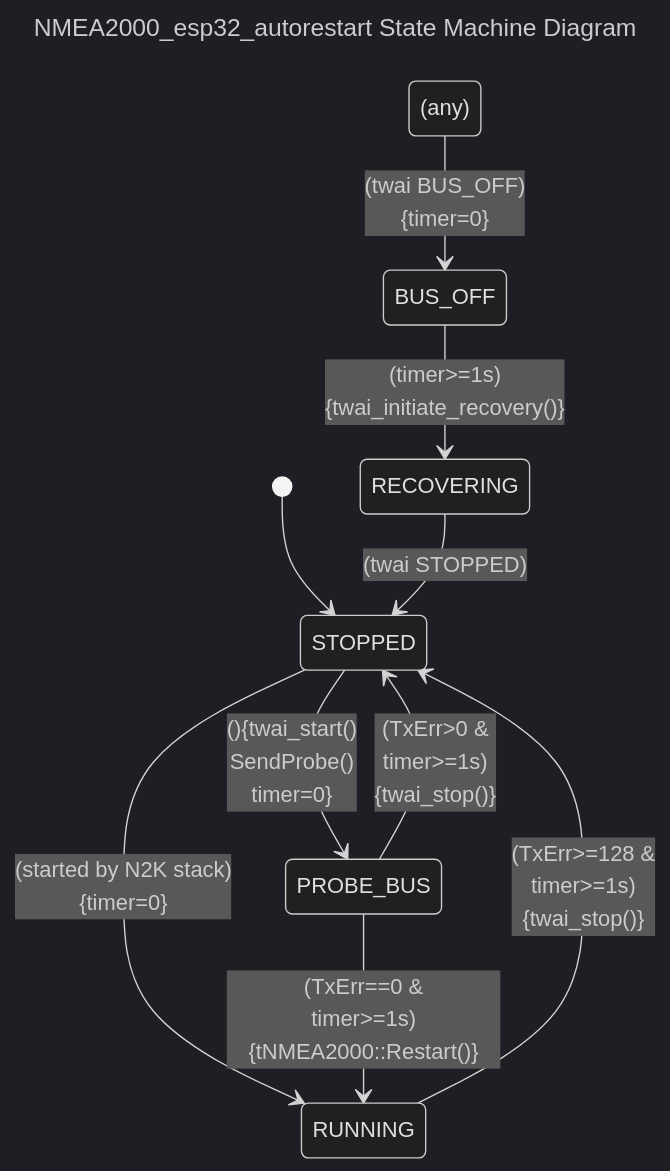
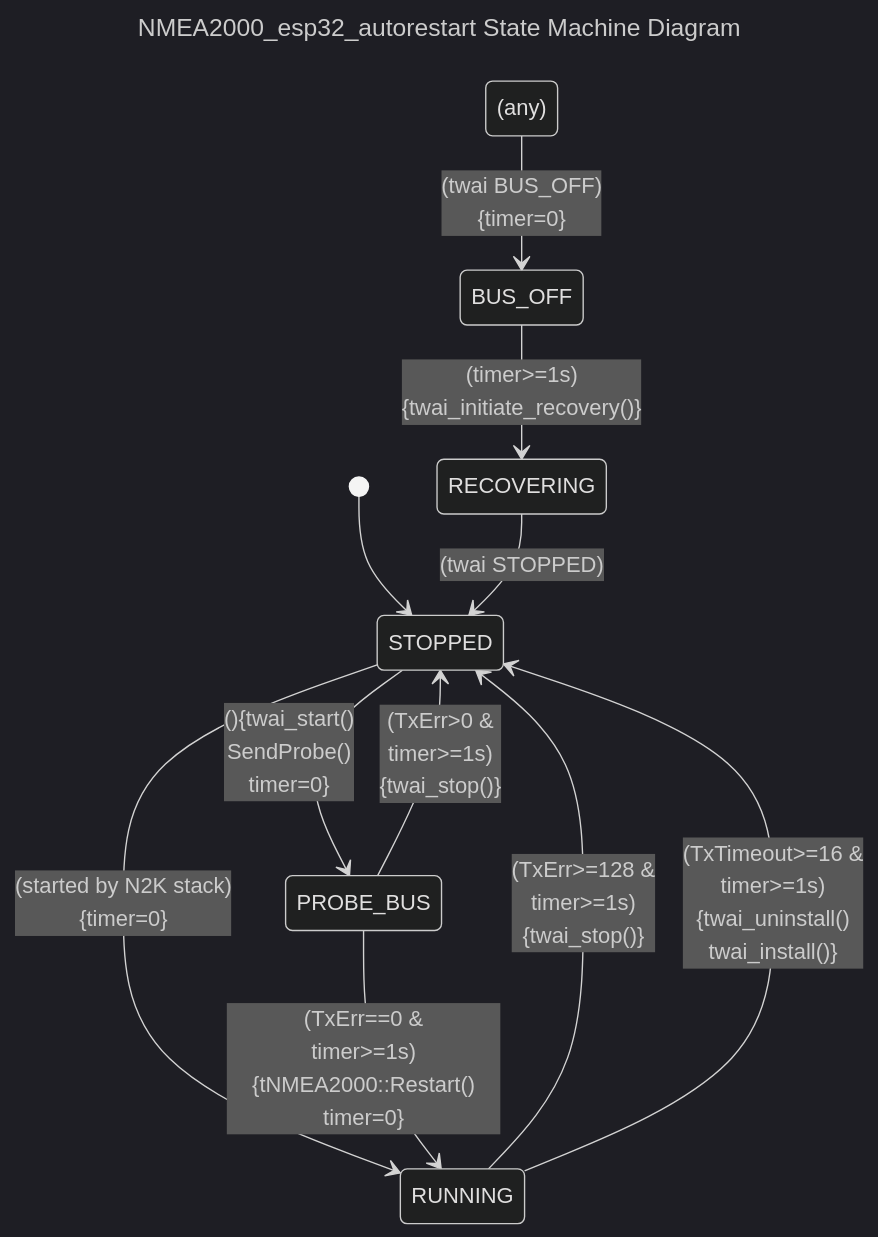
The diagram in README.md (phatpaul/NMEA2000_esp32_autorestart), drawn with Mermaid before and after one commit. The commit also changed 1 other file, not shown here.

Commit message:
Fixed wait in RUNNING state. Timer wasn't restarted on transition.

````diff
--- a/README.md
+++ b/README.md
@@ -13,21 +13,22 @@
 ```mermaid
 ---
 title: NMEA2000_esp32_autorestart State Machine Diagram
 config: 
   theme: 'dark'
 ---
 stateDiagram-v2
 
     [*] --> STOPPED
     STOPPED --> PROBE_BUS: (){twai_start()<br>SendProbe()<br>timer=0}
     STOPPED --> RUNNING: (started by N2K stack)<br>{timer=0}
     
-    PROBE_BUS --> RUNNING: (TxErr==0 &<br>timer>=1s){tNMEA2000#58;#58;Restart()}
+    PROBE_BUS --> RUNNING: (TxErr==0 &<br>timer>=1s){tNMEA2000#58;#58;Restart()<br>timer=0}
     PROBE_BUS --> STOPPED: (TxErr>0 &<br>timer>=1s)<br>{twai_stop()}
     
     RUNNING --> STOPPED: (TxErr>=128 &<br>timer>=1s)<br>{twai_stop()}
-    
+    RUNNING --> STOPPED: (TxTimeout>=16 &<br>timer>=1s)<br>{twai_uninstall()<br>twai_install()}
+
     RECOVERING --> STOPPED: (twai STOPPED)
     (any) --> BUS_OFF: (twai BUS_OFF)<br>{timer=0}
     BUS_OFF --> RECOVERING: (timer>=1s)<br>{twai_initiate_recovery()}
 ```
````
